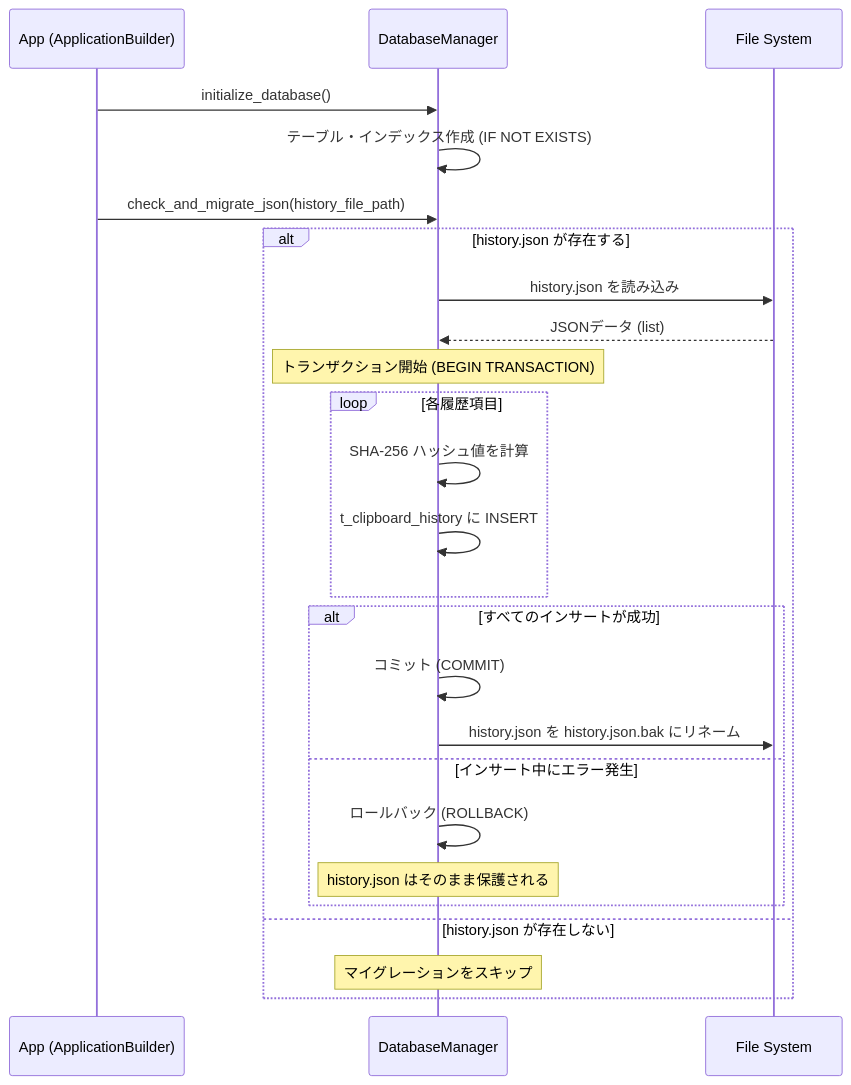
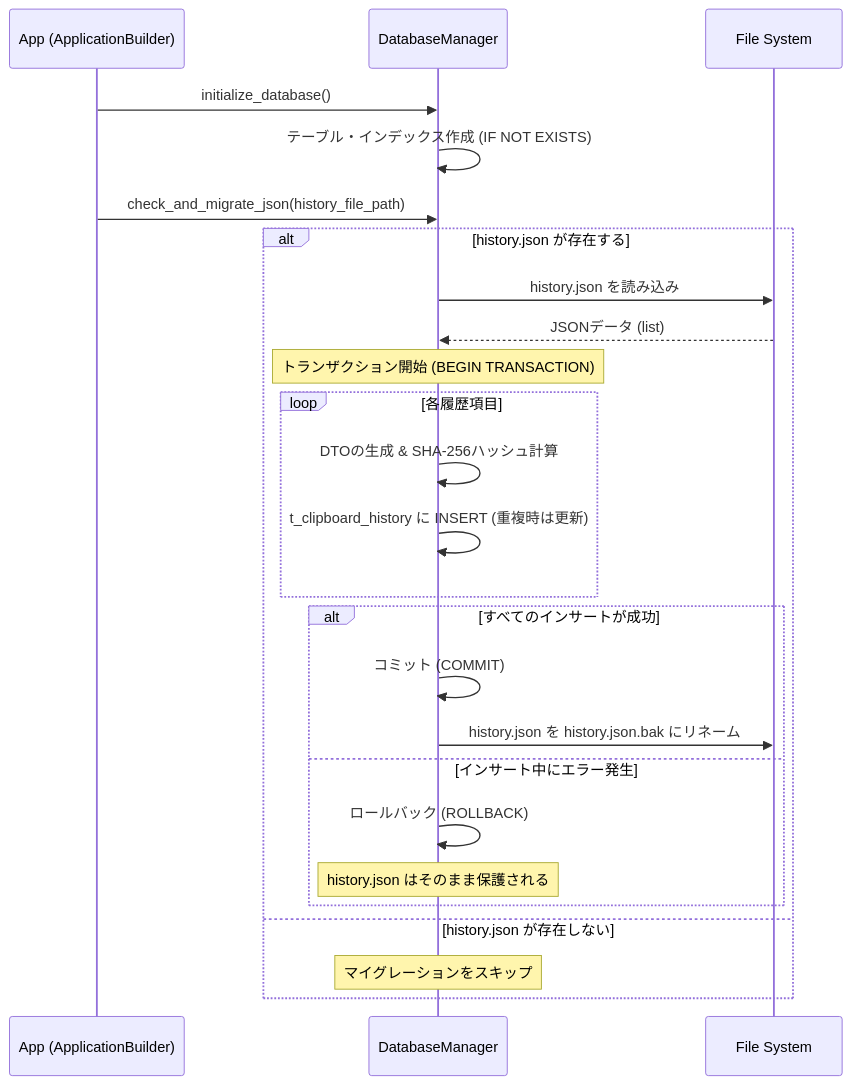
One commit to xzyozi/Clip_Watcher changed the first of 3 diagrams in doc/META_MANAGEMENT_DESIGN.md. Above: the diagram before and after it, drawn with Mermaid. The commit also changed other lines of this file, not shown here.

````diff
--- a/doc/META_MANAGEMENT_DESIGN.md
+++ b/doc/META_MANAGEMENT_DESIGN.md
@@ -59,28 +59,28 @@
 ```mermaid
 sequenceDiagram
     participant App as App (ApplicationBuilder)
     participant DBM as DatabaseManager
     participant FS as File System
 
     App->>DBM: initialize_database()
     DBM->>DBM: テーブル・インデックス作成 (IF NOT EXISTS)
     App->>DBM: check_and_migrate_json(history_file_path)
     alt history.json が存在する
         DBM->>FS: history.json を読み込み
         FS-->>DBM: JSONデータ (list)
         Note over DBM: トランザクション開始 (BEGIN TRANSACTION)
         loop 各履歴項目
-            DBM->>DBM: SHA-256 ハッシュ値を計算
-            DBM->>DBM: t_clipboard_history に INSERT
+            DBM->>DBM: DTOの生成 & SHA-256ハッシュ計算
+            DBM->>DBM: t_clipboard_history に INSERT (重複時は更新)
         end
         alt すべてのインサートが成功
             DBM->>DBM: コミット (COMMIT)
             DBM->>FS: history.json を history.json.bak にリネーム
         else インサート中にエラー発生
             DBM->>DBM: ロールバック (ROLLBACK)
             Note over DBM: history.json はそのまま保護される
         end
     else history.json が存在しない
         Note over DBM: マイグレーションをスキップ
     end
 ```
````
